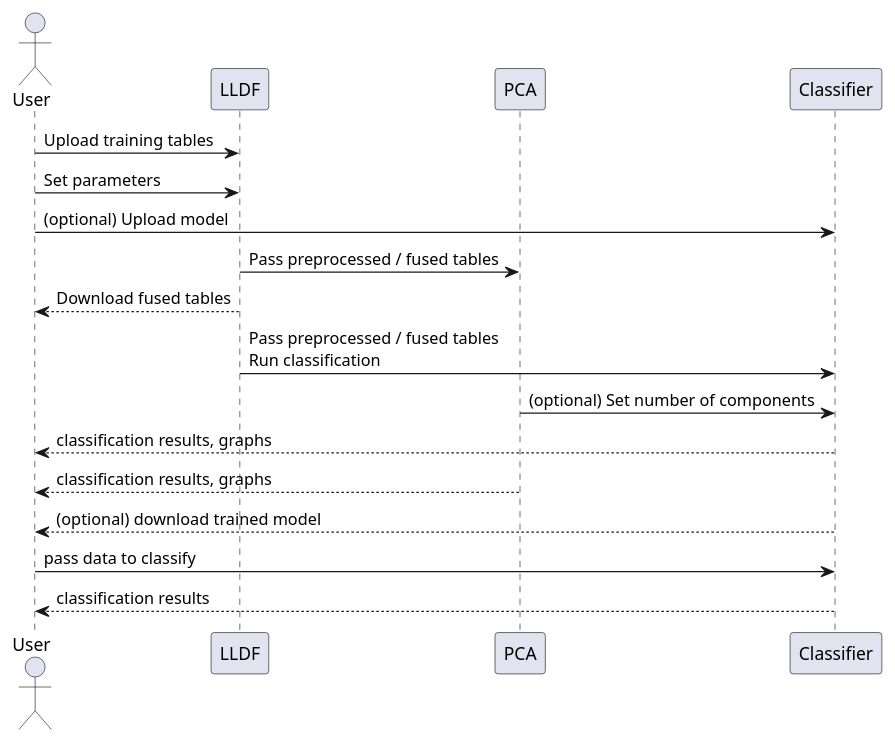
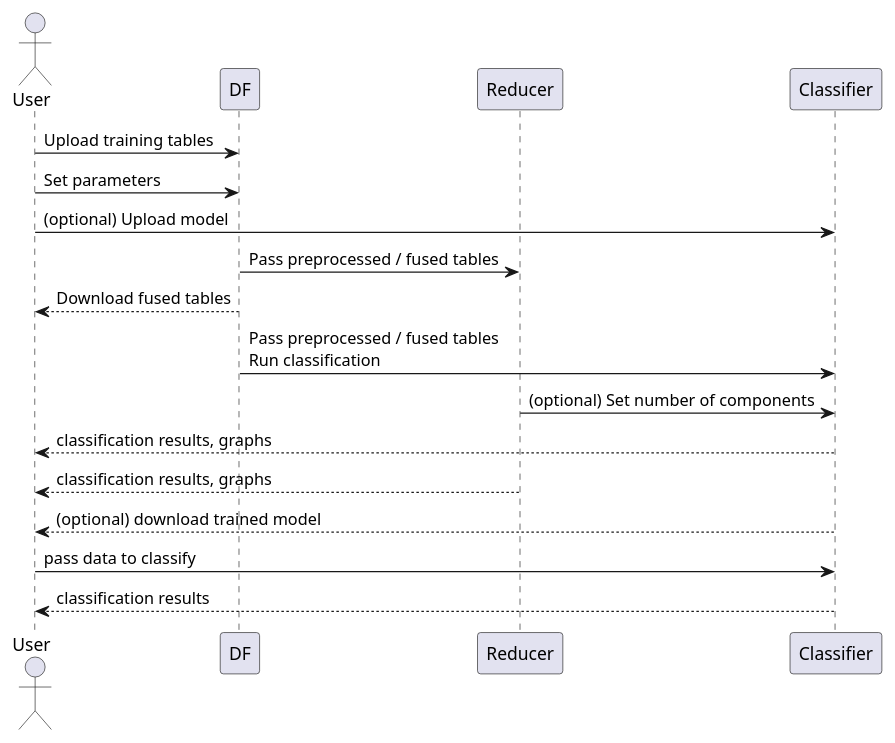
One commit to f-aguzzi/ChemFuseKit changed the diagram in docs/docs/complete-workflow.md. Above: the diagram before and after it, drawn with PlantUML. The commit also changed other lines of this file and 33 other files, not shown here.

Commit message:
feat!: substitute GraphMode enum with string in API

````diff
--- a/docs/docs/complete-workflow.md
+++ b/docs/docs/complete-workflow.md
@@ -10,22 +10,22 @@
 ```plantuml
 actor User
-participant LLDF
-participant PCA
+participant DF
+participant Reducer
 participant Classifier
 
-User -> LLDF : Upload training tables
-User -> LLDF : Set parameters
+User -> DF : Upload training tables
+User -> DF : Set parameters
 User -> Classifier : (optional) Upload model
 
-LLDF -> PCA  : Pass preprocessed / fused tables
-LLDF --> User  : Download fused tables
-LLDF -> Classifier  : Pass preprocessed / fused tables \nRun classification
-PCA -> Classifier : (optional) Set number of components
+DF -> Reducer  : Pass preprocessed / fused tables
+DF --> User  : Download fused tables
+DF -> Classifier  : Pass preprocessed / fused tables \nRun classification
+Reducer -> Classifier : (optional) Set number of components
 
 Classifier --> User : classification results, graphs
-PCA --> User : classification results, graphs
+Reducer --> User : classification results, graphs
 Classifier --> User : (optional) download trained model
 
 User -> Classifier : pass data to classify
 Classifier --> User : classification results
 ```
````
